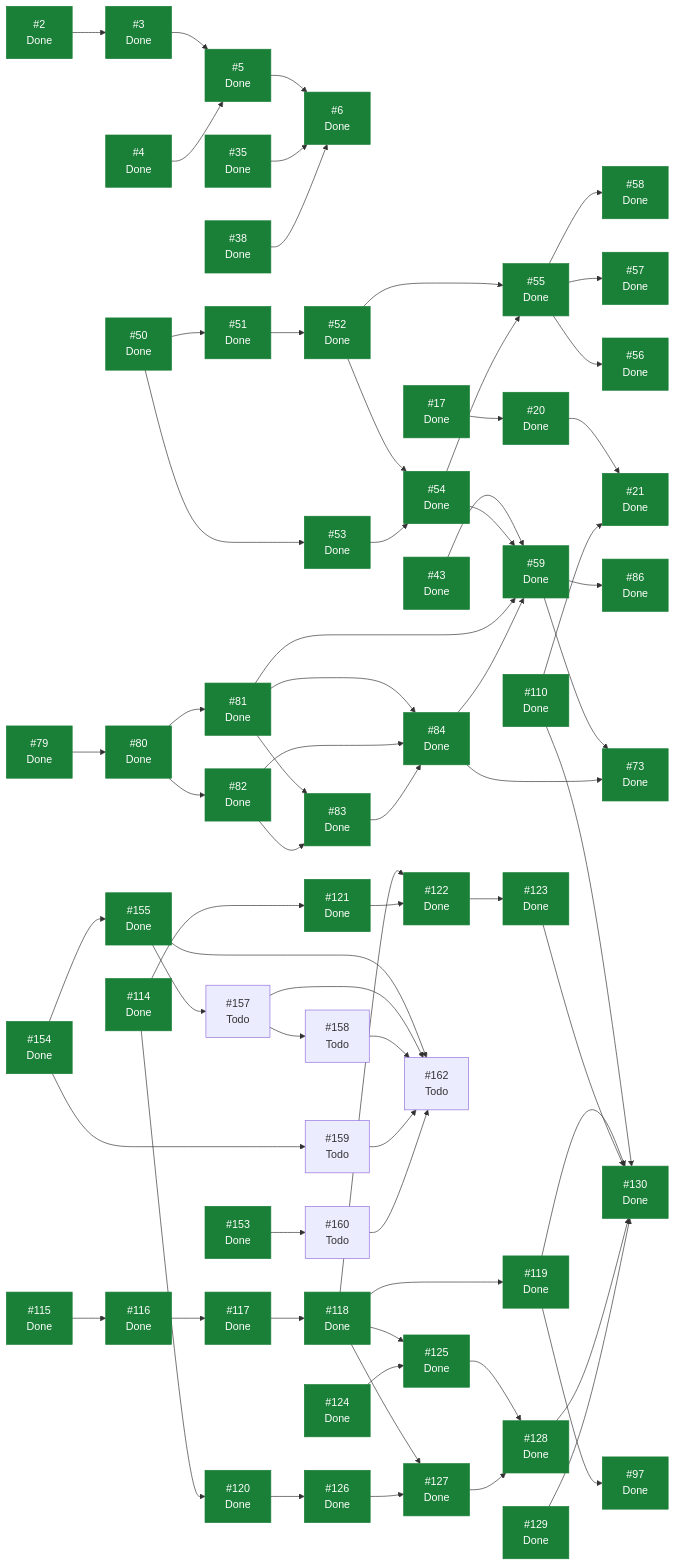
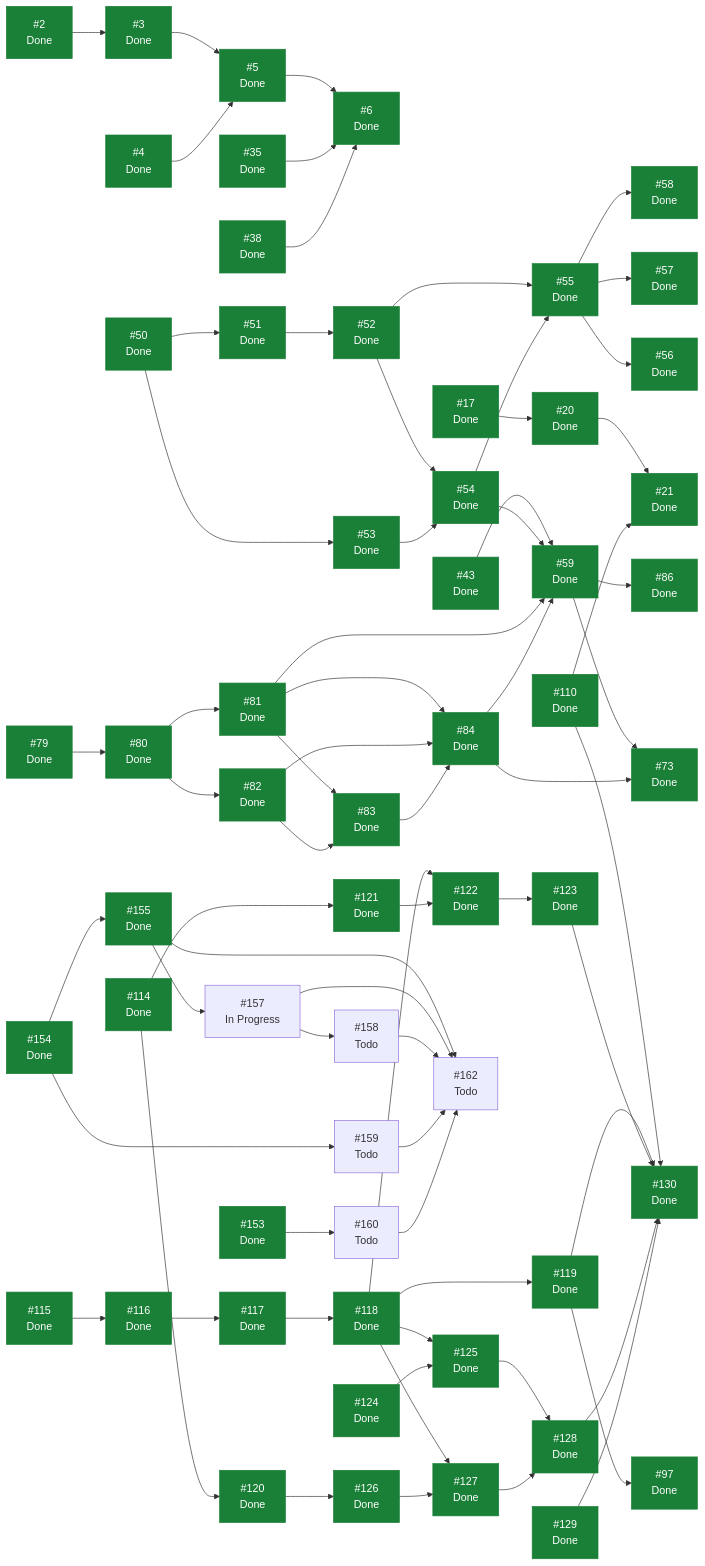
Before and after one commit to ecamp0s/evault: the diagram in docs/planning/STATUS.md, drawn with Mermaid. The commit also changed other lines of this file, not shown here.

```diff
--- a/docs/planning/STATUS.md
+++ b/docs/planning/STATUS.md
@@ -214,7 +214,7 @@
   I153["#153<br/>Done"]
   I154["#154<br/>Done"]
   I155["#155<br/>Done"]
-  I157["#157<br/>Todo"]
+  I157["#157<br/>In Progress"]
   I158["#158<br/>Todo"]
   I159["#159<br/>Todo"]
   I160["#160<br/>Todo"]
```
